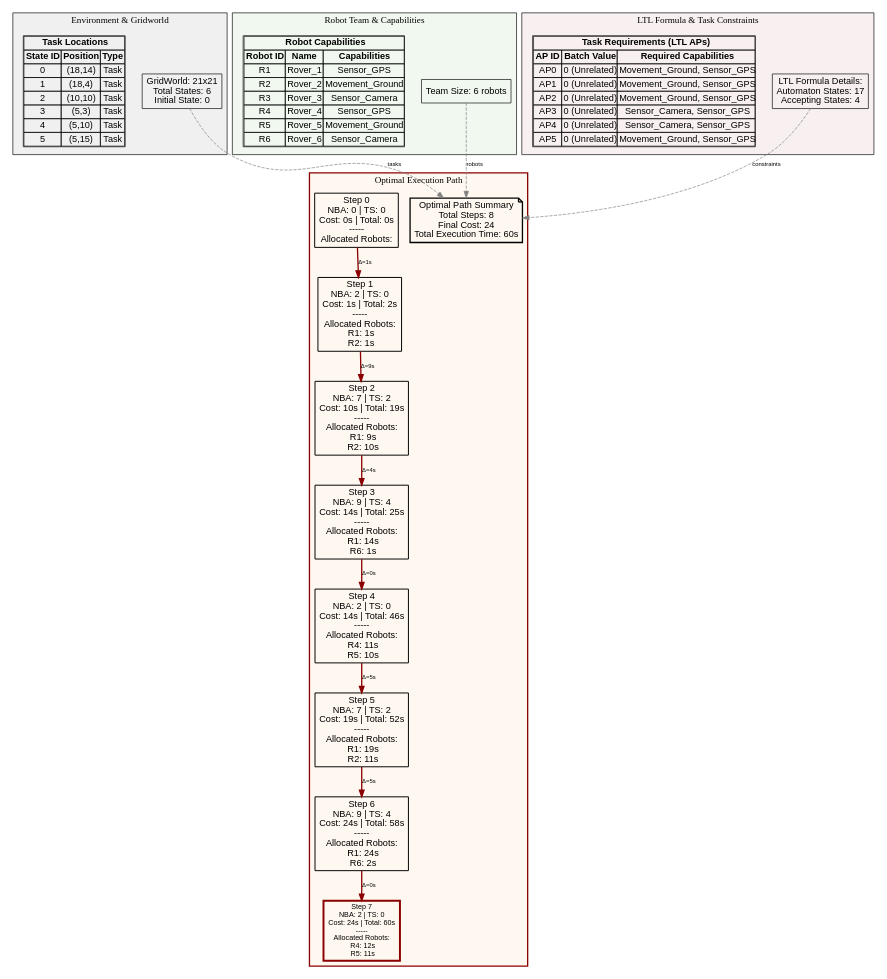
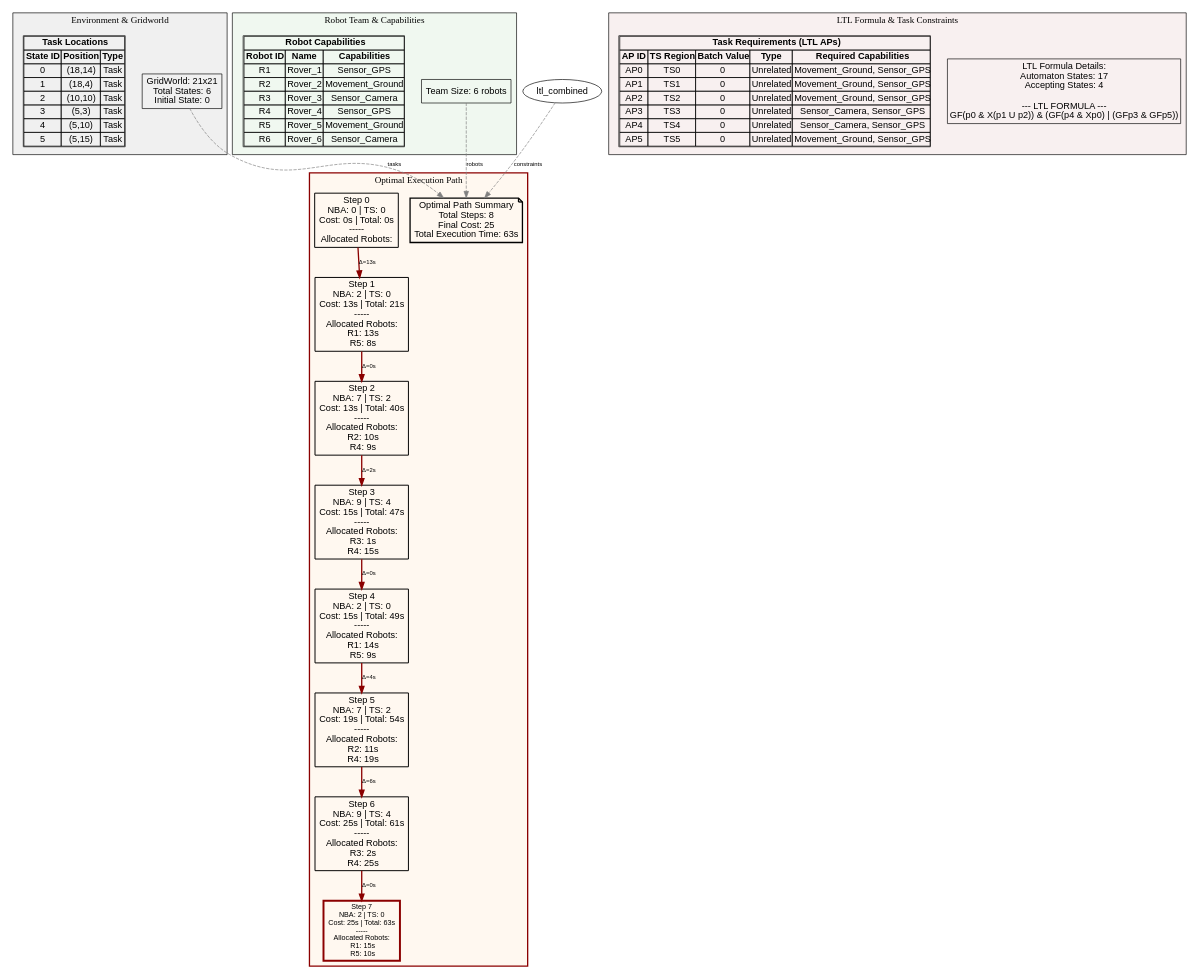
The diagram in MCTB-PDT/organizedtests/output/automaton_test_6robots_5_path.dot.dot (jrourke48/HMRTA_TS_GENERATION), drawn with Graphviz before and after one commit. The commit also changed 90 other files, not shown here.

```diff
--- a/MCTB-PDT/organizedtests/output/automaton_test_6robots_5_path.dot.dot
+++ b/MCTB-PDT/organizedtests/output/automaton_test_6robots_5_path.dot.dot
@@ -1,105 +1,105 @@
 digraph ComprehensiveOptimalPath {
   rankdir=TB;
   concentrate=true;
   node [fontname=Arial];
   edge [fontname=Arial, fontsize=9];
 
   subgraph cluster_environment {
     label="Environment & Gridworld";
     style=filled;
     fillcolor="#F0F0F0";
     color=black;
 
     env_info [shape=box, label="GridWorld: 21x21\nTotal States: 6\nInitial State: 0\n", fillcolor="#E8F4F8"];
 
     env_tasks [shape=plaintext, label=<
       <TABLE BORDER="1" CELLBORDER="1" CELLSPACING="0">
         <TR><TD COLSPAN="3"><B>Task Locations</B></TD></TR>
         <TR><TD><B>State ID</B></TD><TD><B>Position</B></TD><TD><B>Type</B></TD></TR>
         <TR><TD>0</TD><TD>(18,14)</TD><TD>Task</TD></TR>
         <TR><TD>1</TD><TD>(18,4)</TD><TD>Task</TD></TR>
         <TR><TD>2</TD><TD>(10,10)</TD><TD>Task</TD></TR>
         <TR><TD>3</TD><TD>(5,3)</TD><TD>Task</TD></TR>
         <TR><TD>4</TD><TD>(5,10)</TD><TD>Task</TD></TR>
         <TR><TD>5</TD><TD>(5,15)</TD><TD>Task</TD></TR>
       </TABLE>
     >];
   }
 
   subgraph cluster_robots {
     label="Robot Team & Capabilities";
     style=filled;
     fillcolor="#F0F8F0";
     color=black;
 
     team_info [shape=box, label="Team Size: 6 robots\n", fillcolor="#E8F8E8"];
 
     robot_caps [shape=plaintext, label=<
       <TABLE BORDER="1" CELLBORDER="1" CELLSPACING="0">
         <TR><TD COLSPAN="3"><B>Robot Capabilities</B></TD></TR>
         <TR><TD><B>Robot ID</B></TD><TD><B>Name</B></TD><TD><B>Capabilities</B></TD></TR>
         <TR><TD>R1</TD><TD>Rover_1</TD><TD>Sensor_GPS</TD></TR>
         <TR><TD>R2</TD><TD>Rover_2</TD><TD>Movement_Ground</TD></TR>
         <TR><TD>R3</TD><TD>Rover_3</TD><TD>Sensor_Camera</TD></TR>
         <TR><TD>R4</TD><TD>Rover_4</TD><TD>Sensor_GPS</TD></TR>
         <TR><TD>R5</TD><TD>Rover_5</TD><TD>Movement_Ground</TD></TR>
         <TR><TD>R6</TD><TD>Rover_6</TD><TD>Sensor_Camera</TD></TR>
       </TABLE>
     >];
   }
 
   subgraph cluster_ltl {
     label="LTL Formula & Task Constraints";
     style=filled;
     fillcolor="#F8F0F0";
     color=black;
 
-    ltl_info [shape=box, label="LTL Formula Details:\nAutomaton States: 17\nAccepting States: 4\n", fillcolor="#F8E8E8"];
+    ltl_info [shape=box, label="LTL Formula Details:\nAutomaton States: 17\nAccepting States: 4\n\n--- LTL FORMULA ---\nGF(p0 & X(p1 U p2)) & (GF(p4 & Xp0) | (GFp3 & GFp5))", fillcolor="#F8E8E8"];
 
     ltl_tasks [shape=plaintext, label=<
       <TABLE BORDER="1" CELLBORDER="1" CELLSPACING="0">
-        <TR><TD COLSPAN="3"><B>Task Requirements (LTL APs)</B></TD></TR>
-        <TR><TD><B>AP ID</B></TD><TD><B>Batch Value</B></TD><TD><B>Required Capabilities</B></TD></TR>
-        <TR><TD>AP0</TD><TD>0 (Unrelated)</TD><TD>Movement_Ground, Sensor_GPS</TD></TR>
-        <TR><TD>AP1</TD><TD>0 (Unrelated)</TD><TD>Movement_Ground, Sensor_GPS</TD></TR>
-        <TR><TD>AP2</TD><TD>0 (Unrelated)</TD><TD>Movement_Ground, Sensor_GPS</TD></TR>
-        <TR><TD>AP3</TD><TD>0 (Unrelated)</TD><TD>Sensor_Camera, Sensor_GPS</TD></TR>
-        <TR><TD>AP4</TD><TD>0 (Unrelated)</TD><TD>Sensor_Camera, Sensor_GPS</TD></TR>
-        <TR><TD>AP5</TD><TD>0 (Unrelated)</TD><TD>Movement_Ground, Sensor_GPS</TD></TR>
+        <TR><TD COLSPAN="5"><B>Task Requirements (LTL APs)</B></TD></TR>
+        <TR><TD><B>AP ID</B></TD><TD><B>TS Region</B></TD><TD><B>Batch Value</B></TD><TD><B>Type</B></TD><TD><B>Required Capabilities</B></TD></TR>
+        <TR><TD>AP0</TD><TD>TS0</TD><TD>0</TD><TD>Unrelated</TD><TD>Movement_Ground, Sensor_GPS</TD></TR>
+        <TR><TD>AP1</TD><TD>TS1</TD><TD>0</TD><TD>Unrelated</TD><TD>Movement_Ground, Sensor_GPS</TD></TR>
+        <TR><TD>AP2</TD><TD>TS2</TD><TD>0</TD><TD>Unrelated</TD><TD>Movement_Ground, Sensor_GPS</TD></TR>
+        <TR><TD>AP3</TD><TD>TS3</TD><TD>0</TD><TD>Unrelated</TD><TD>Sensor_Camera, Sensor_GPS</TD></TR>
+        <TR><TD>AP4</TD><TD>TS4</TD><TD>0</TD><TD>Unrelated</TD><TD>Sensor_Camera, Sensor_GPS</TD></TR>
+        <TR><TD>AP5</TD><TD>TS5</TD><TD>0</TD><TD>Unrelated</TD><TD>Movement_Ground, Sensor_GPS</TD></TR>
       </TABLE>
     >];
   }
 
   subgraph cluster_path {
     label="Optimal Execution Path";
     style=filled;
     fillcolor="#FFF8F0";
     color=darkred;
     penwidth=2;
 
-    path_summary [shape=note, label="Optimal Path Summary\nTotal Steps: 8\nFinal Cost: 24\nTotal Execution Time: 60s\n", fillcolor="#FFFFCC", penwidth=2];
+    path_summary [shape=note, label="Optimal Path Summary\nTotal Steps: 8\nFinal Cost: 25\nTotal Execution Time: 63s\n", fillcolor="#FFFFCC", penwidth=2];
 
     opt_0 [shape=box, label="Step 0\nNBA: 0 | TS: 0\nCost: 0s | Total: 0s\n-----\nAllocated Robots:\n", fillcolor="#B3E5FC", penwidth=1.5];
-    opt_1 [shape=box, label="Step 1\nNBA: 2 | TS: 0\nCost: 1s | Total: 2s\n-----\nAllocated Robots:\n  R1: 1s\n  R2: 1s\n", fillcolor="#B3E5FC", penwidth=1.5];
-    opt_2 [shape=box, label="Step 2\nNBA: 7 | TS: 2\nCost: 10s | Total: 19s\n-----\nAllocated Robots:\n  R1: 9s\n  R2: 10s\n", fillcolor="#B3E5FC", penwidth=1.5];
-    opt_3 [shape=box, label="Step 3\nNBA: 9 | TS: 4\nCost: 14s | Total: 25s\n-----\nAllocated Robots:\n  R1: 14s\n  R6: 1s\n", fillcolor="#B3E5FC", penwidth=1.5];
-    opt_4 [shape=box, label="Step 4\nNBA: 2 | TS: 0\nCost: 14s | Total: 46s\n-----\nAllocated Robots:\n  R4: 11s\n  R5: 10s\n", fillcolor="#B3E5FC", penwidth=1.5];
-    opt_5 [shape=box, label="Step 5\nNBA: 7 | TS: 2\nCost: 19s | Total: 52s\n-----\nAllocated Robots:\n  R1: 19s\n  R2: 11s\n", fillcolor="#B3E5FC", penwidth=1.5];
-    opt_6 [shape=box, label="Step 6\nNBA: 9 | TS: 4\nCost: 24s | Total: 58s\n-----\nAllocated Robots:\n  R1: 24s\n  R6: 2s\n", fillcolor="#B3E5FC", penwidth=1.5];
-    opt_7 [shape=box, label="Step 7\nNBA: 2 | TS: 0\nCost: 24s | Total: 60s\n-----\nAllocated Robots:\n  R4: 12s\n  R5: 11s\n", fillcolor="#FF6B6B", penwidth=3, color=darkred, fontweight=bold, fontsize=11];
+    opt_1 [shape=box, label="Step 1\nNBA: 2 | TS: 0\nCost: 13s | Total: 21s\n-----\nAllocated Robots:\n  R1: 13s\n  R5: 8s\n", fillcolor="#B3E5FC", penwidth=1.5];
+    opt_2 [shape=box, label="Step 2\nNBA: 7 | TS: 2\nCost: 13s | Total: 40s\n-----\nAllocated Robots:\n  R2: 10s\n  R4: 9s\n", fillcolor="#B3E5FC", penwidth=1.5];
+    opt_3 [shape=box, label="Step 3\nNBA: 9 | TS: 4\nCost: 15s | Total: 47s\n-----\nAllocated Robots:\n  R3: 1s\n  R4: 15s\n", fillcolor="#B3E5FC", penwidth=1.5];
+    opt_4 [shape=box, label="Step 4\nNBA: 2 | TS: 0\nCost: 15s | Total: 49s\n-----\nAllocated Robots:\n  R1: 14s\n  R5: 9s\n", fillcolor="#B3E5FC", penwidth=1.5];
+    opt_5 [shape=box, label="Step 5\nNBA: 7 | TS: 2\nCost: 19s | Total: 54s\n-----\nAllocated Robots:\n  R2: 11s\n  R4: 19s\n", fillcolor="#B3E5FC", penwidth=1.5];
+    opt_6 [shape=box, label="Step 6\nNBA: 9 | TS: 4\nCost: 25s | Total: 61s\n-----\nAllocated Robots:\n  R3: 2s\n  R4: 25s\n", fillcolor="#B3E5FC", penwidth=1.5];
+    opt_7 [shape=box, label="Step 7\nNBA: 2 | TS: 0\nCost: 25s | Total: 63s\n-----\nAllocated Robots:\n  R1: 15s\n  R5: 10s\n", fillcolor="#FF6B6B", penwidth=3, color=darkred, fontweight=bold, fontsize=11];
 
-    opt_0 -> opt_1 [label="Δ=1s", penwidth=2, color=darkred];
-    opt_1 -> opt_2 [label="Δ=9s", penwidth=2, color=darkred];
-    opt_2 -> opt_3 [label="Δ=4s", penwidth=2, color=darkred];
+    opt_0 -> opt_1 [label="Δ=13s", penwidth=2, color=darkred];
+    opt_1 -> opt_2 [label="Δ=0s", penwidth=2, color=darkred];
+    opt_2 -> opt_3 [label="Δ=2s", penwidth=2, color=darkred];
     opt_3 -> opt_4 [label="Δ=0s", penwidth=2, color=darkred];
-    opt_4 -> opt_5 [label="Δ=5s", penwidth=2, color=darkred];
-    opt_5 -> opt_6 [label="Δ=5s", penwidth=2, color=darkred];
+    opt_4 -> opt_5 [label="Δ=4s", penwidth=2, color=darkred];
+    opt_5 -> opt_6 [label="Δ=6s", penwidth=2, color=darkred];
     opt_6 -> opt_7 [label="Δ=0s", penwidth=2, color=darkred];
   }
 
   // Connections between clusters
   env_info -> path_summary [style=dashed, color=gray, label="tasks"];
   team_info -> path_summary [style=dashed, color=gray, label="robots"];
-  ltl_info -> path_summary [style=dashed, color=gray, label="constraints"];
+  ltl_combined -> path_summary [style=dashed, color=gray, label="constraints"];
 
 }
```
